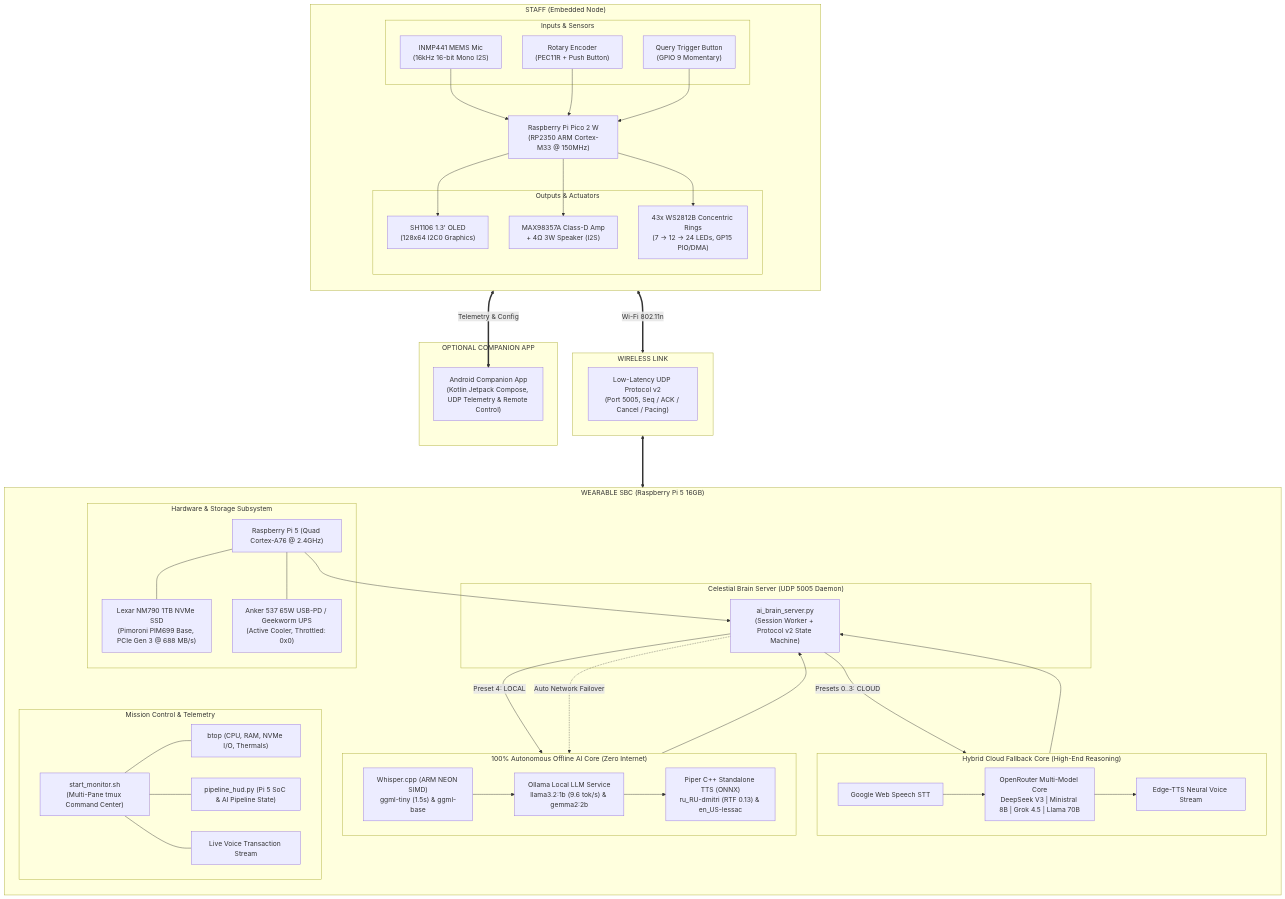
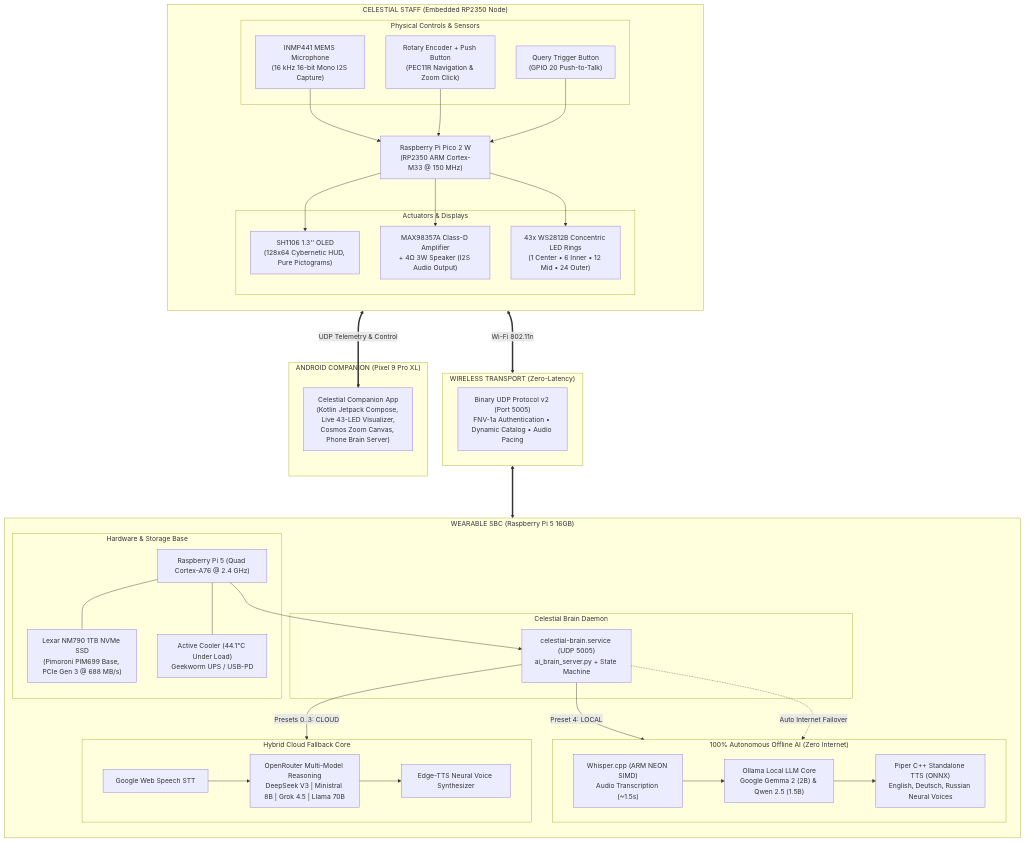
The diagram in README.md (DerAndr/celestial_engine_project), drawn with Mermaid before and after one commit. The commit also changed other lines of this file and 34 other files, not shown here.

````diff
--- a/README.md
+++ b/README.md
@@ -10,19 +29,19 @@
 ```mermaid
 flowchart TB
-    subgraph Staff["  STAFF (Embedded Node)  "]
+    subgraph Staff["  CELESTIAL STAFF (Embedded RP2350 Node)  "]
         direction TB
-        Pico["Raspberry Pi Pico 2 W\n(RP2350 ARM Cortex-M33 @ 150MHz)"]
+        Pico["Raspberry Pi Pico 2 W\n(RP2350 ARM Cortex-M33 @ 150 MHz)"]
         
-        subgraph SensorsAndControls["Inputs & Sensors"]
-            Mic["INMP441 MEMS Mic\n(16kHz 16-bit Mono I2S)"]
-            Enc["Rotary Encoder\n(PEC11R + Push Button)"]
-            Btn["Query Trigger Button\n(GPIO 9 Momentary)"]
+        subgraph Inputs["Physical Controls & Sensors"]
+            Mic["INMP441 MEMS Microphone\n(16 kHz 16-bit Mono I2S Capture)"]
+            Enc["Rotary Encoder + Push Button\n(PEC11R Navigation & Zoom Click)"]
+            Btn["Query Trigger Button\n(GPIO 20 Push-to-Talk)"]
         end
         
-        subgraph DisplayAndOutputs["Outputs & Actuators"]
-            OLED["SH1106 1.3' OLED\n(128x64 I2C0 Graphics)"]
-            Amp["MAX98357A Class-D Amp\n+ 4Ω 3W Speaker (I2S)"]
-            Rings["43x WS2812B Concentric Rings\n(7 → 12 → 24 LEDs, GP15 PIO/DMA)"]
+        subgraph Outputs["Actuators & Displays"]
+            OLED["SH1106 1.3'' OLED\n(128x64 Cybernetic HUD, Pure Pictograms)"]
+            Amp["MAX98357A Class-D Amplifier\n+ 4Ω 3W Speaker (I2S Audio Output)"]
+            Rings["43x WS2812B Concentric LED Rings\n(1 Center • 6 Inner • 12 Mid • 24 Outer)"]
         end
         
         Mic --> Pico
@@ -33,63 +52,51 @@
         Pico --> Rings
     end
 
-    subgraph WirelessLink["  WIRELESS LINK  "]
+    subgraph Link["  WIRELESS TRANSPORT (Zero-Latency)  "]
         direction LR
-        UDP["Low-Latency UDP Protocol v2\n(Port 5005, Seq / ACK / Cancel / Pacing)"]
+        UDP["Binary UDP Protocol v2 (Port 5005)\nFNV-1a Authentication • Dynamic Catalog • Audio Pacing"]
     end
 
     subgraph WearableCore["  WEARABLE SBC (Raspberry Pi 5 16GB)  "]
         direction TB
         
-        subgraph HardwarePi["Hardware & Storage Subsystem"]
-            Pi5["Raspberry Pi 5 (Quad Cortex-A76 @ 2.4GHz)"]
+        subgraph Hardware["Hardware & Storage Base"]
+            Pi5["Raspberry Pi 5 (Quad Cortex-A76 @ 2.4 GHz)"]
             NVMe["Lexar NM790 1TB NVMe SSD\n(Pimoroni PIM699 Base, PCIe Gen 3 @ 688 MB/s)"]
-            Power["Anker 537 65W USB-PD / Geekworm UPS\n(Active Cooler, Throttled: 0x0)"]
+            Cooler["Active Cooler (44.1°C Under Load)\nGeekworm UPS / USB-PD"]
             Pi5 --- NVMe
-            Pi5 --- Power
+            Pi5 --- Cooler
         end
 
-        subgraph ServerDaemon["Celestial Brain Server (UDP 5005 Daemon)"]
-            Brain["ai_brain_server.py\n(Session Worker + Protocol v2 State Machine)"]
+        subgraph ServerDaemon["Celestial Brain Daemon"]
+            Daemon["celestial-brain.service (UDP 5005)\nai_brain_server.py + State Machine"]
         end
 
-        subgraph OfflineCore["100% Autonomous Offline AI Core (Zero Internet)"]
-            Whisper["Whisper.cpp (ARM NEON SIMD)\nggml-tiny (1.5s) & ggml-base"]
-            Ollama["Ollama Local LLM Service\nllama3.2:1b (9.6 tok/s) & gemma2:2b"]
-            Piper["Piper C++ Standalone TTS (ONNX)\nru_RU-dmitri (RTF 0.13) & en_US-lessac"]
+        subgraph OfflineCore["100% Autonomous Offline AI (Zero Internet)"]
+            Whisper["Whisper.cpp (ARM NEON SIMD)\nAudio Transcription (~1.5s)"]
+            Ollama["Ollama Local LLM Core\nGoogle Gemma 2 (2B) & Qwen 2.5 (1.5B)"]
+            Piper["Piper C++ Standalone TTS (ONNX)\nEnglish, Deutsch, Russian Neural Voices"]
             Whisper --> Ollama --> Piper
         end
 
-        subgraph CloudCore["Hybrid Cloud Fallback Core (High-End Reasoning)"]
-            WebSpeech["Google Web Speech STT"]
-            OpenRouter["OpenRouter Multi-Model Core\nDeepSeek V3 | Ministral 8B | Grok 4.5 | Llama 70B"]
-            EdgeTTS["Edge-TTS Neural Voice Stream"]
-            WebSpeech --> OpenRouter --> EdgeTTS
+        subgraph CloudCore["Hybrid Cloud Fallback Core"]
+            CloudSTT["Google Web Speech STT"]
+            OpenRouter["OpenRouter Multi-Model Reasoning\nDeepSeek V3 | Ministral 8B | Grok 4.5 | Llama 70B"]
+            EdgeTTS["Edge-TTS Neural Voice Synthesizer"]
+            CloudSTT --> OpenRouter --> EdgeTTS
         end
 
-        subgraph TelemetryHUD["Mission Control & Telemetry"]
-            Tmux["start_monitor.sh\n(Multi-Pane tmux Command Center)"]
-            Btop["btop (CPU, RAM, NVMe I/O, Thermals)"]
-            HUD["pipeline_hud.py (Pi 5 SoC & AI Pipeline State)"]
-            Logs["Live Voice Transaction Stream"]
-            Tmux --- Btop
-            Tmux --- HUD
-            Tmux --- Logs
-        end
-
-        Pi5 --> Brain
-        Brain -->|Preset 4: LOCAL| OfflineCore
-        Brain -->|Presets 0..3: CLOUD| CloudCore
-        Brain -.->|Auto Network Failover| OfflineCore
-        OfflineCore --> Brain
-        CloudCore --> Brain
+        Pi5 --> Daemon
+        Daemon -->|Preset 4: LOCAL| OfflineCore
+        Daemon -->|Presets 0..3: CLOUD| CloudCore
+        Daemon -.->|Auto Internet Failover| OfflineCore
     end
 
-    subgraph MobileCompanion["  OPTIONAL COMPANION APP  "]
-        Android["Android Companion App\n(Kotlin Jetpack Compose, UDP Telemetry & Remote Control)"]
+    subgraph MobileCompanion["  ANDROID COMPANION (Pixel 9 Pro XL)  "]
+        AndroidApp["Celestial Companion App\n(Kotlin Jetpack Compose, Live 43-LED Visualizer,\nCosmos Zoom Canvas, Phone Brain Server)"]
     end
 
     Pico <===>|Wi-Fi 802.11n| UDP
-    UDP <===> Brain
-    Pico <===>|Telemetry & Config| Android
+    UDP <===> Daemon
+    Pico <===>|UDP Telemetry & Control| AndroidApp
 ```
````
